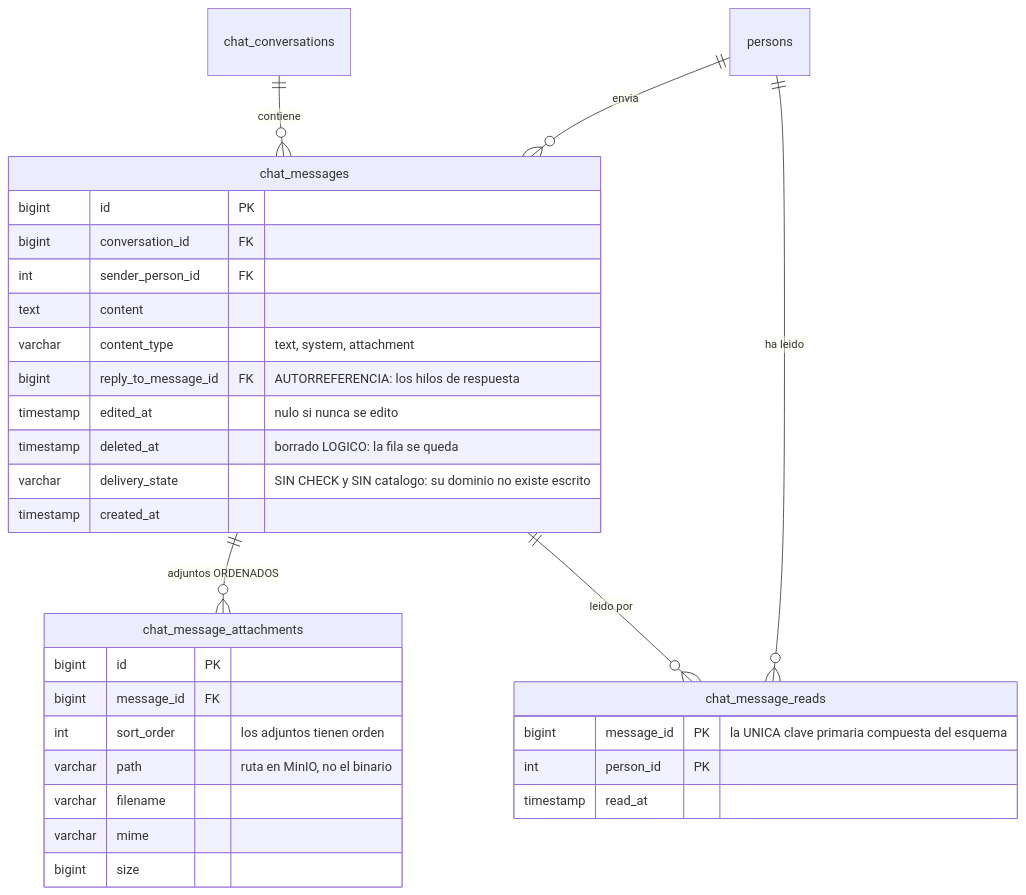
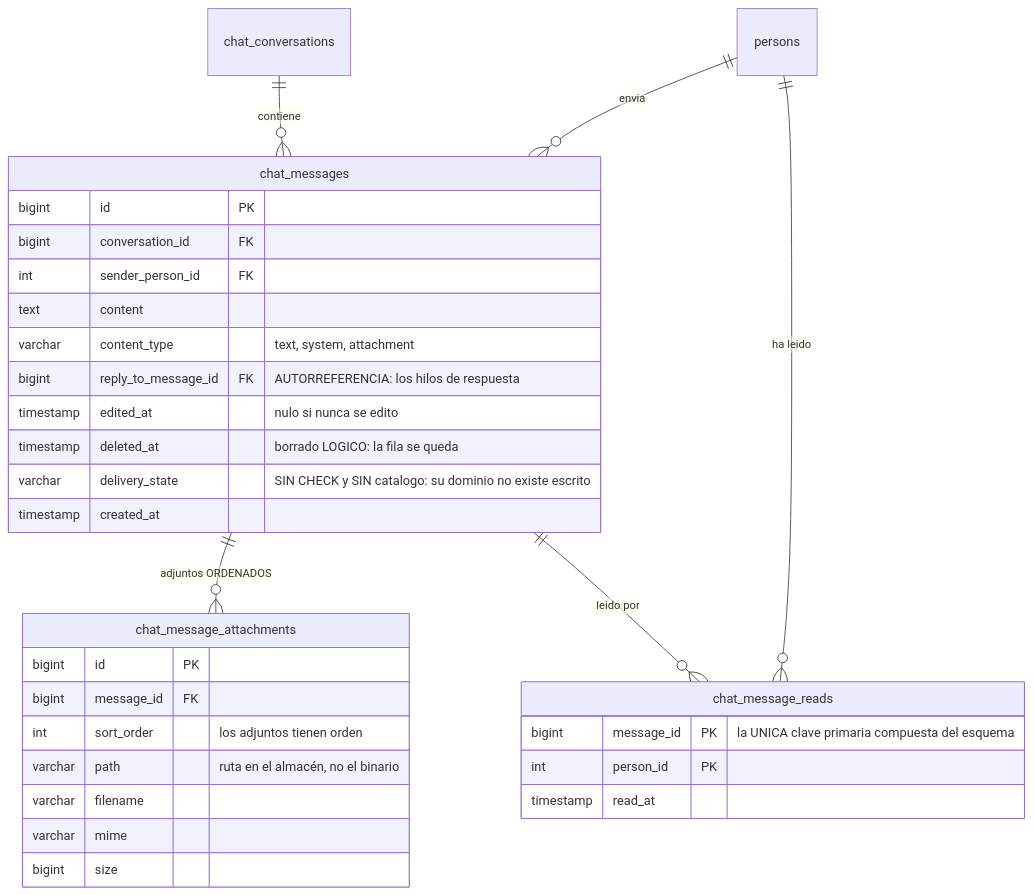
Before and after one commit to fresvel/deasy: the second of 3 diagrams in docs/src/content/docs/complemento/conversacion.md, drawn with Mermaid. The commit also changed other lines of this file and 128 other files, not shown here.

````diff
--- a/docs/src/content/docs/complemento/conversacion.md
+++ b/docs/src/content/docs/complemento/conversacion.md
@@ -162,37 +162,37 @@
 ```mermaid
 erDiagram
   chat_conversations ||--o{ chat_messages : "contiene"
   persons ||--o{ chat_messages : "envia"
   chat_messages ||--o{ chat_message_attachments : "adjuntos ORDENADOS"
   chat_messages ||--o{ chat_message_reads : "leido por"
   persons ||--o{ chat_message_reads : "ha leido"
 
   chat_messages {
     bigint id PK
     bigint conversation_id FK
     int sender_person_id FK
     text content
     varchar content_type "text, system, attachment"
     bigint reply_to_message_id FK "AUTORREFERENCIA: los hilos de respuesta"
     timestamp edited_at "nulo si nunca se edito"
     timestamp deleted_at "borrado LOGICO: la fila se queda"
     varchar delivery_state "SIN CHECK y SIN catalogo: su dominio no existe escrito"
     timestamp created_at
   }
 
   chat_message_attachments {
     bigint id PK
     bigint message_id FK
     int sort_order "los adjuntos tienen orden"
-    varchar path "ruta en MinIO, no el binario"
+    varchar path "ruta en el almacén, no el binario"
     varchar filename
     varchar mime
     bigint size
   }
 
   chat_message_reads {
     bigint message_id PK "la UNICA clave primaria compuesta del esquema"
     int person_id PK
     timestamp read_at
   }
 ```
````
